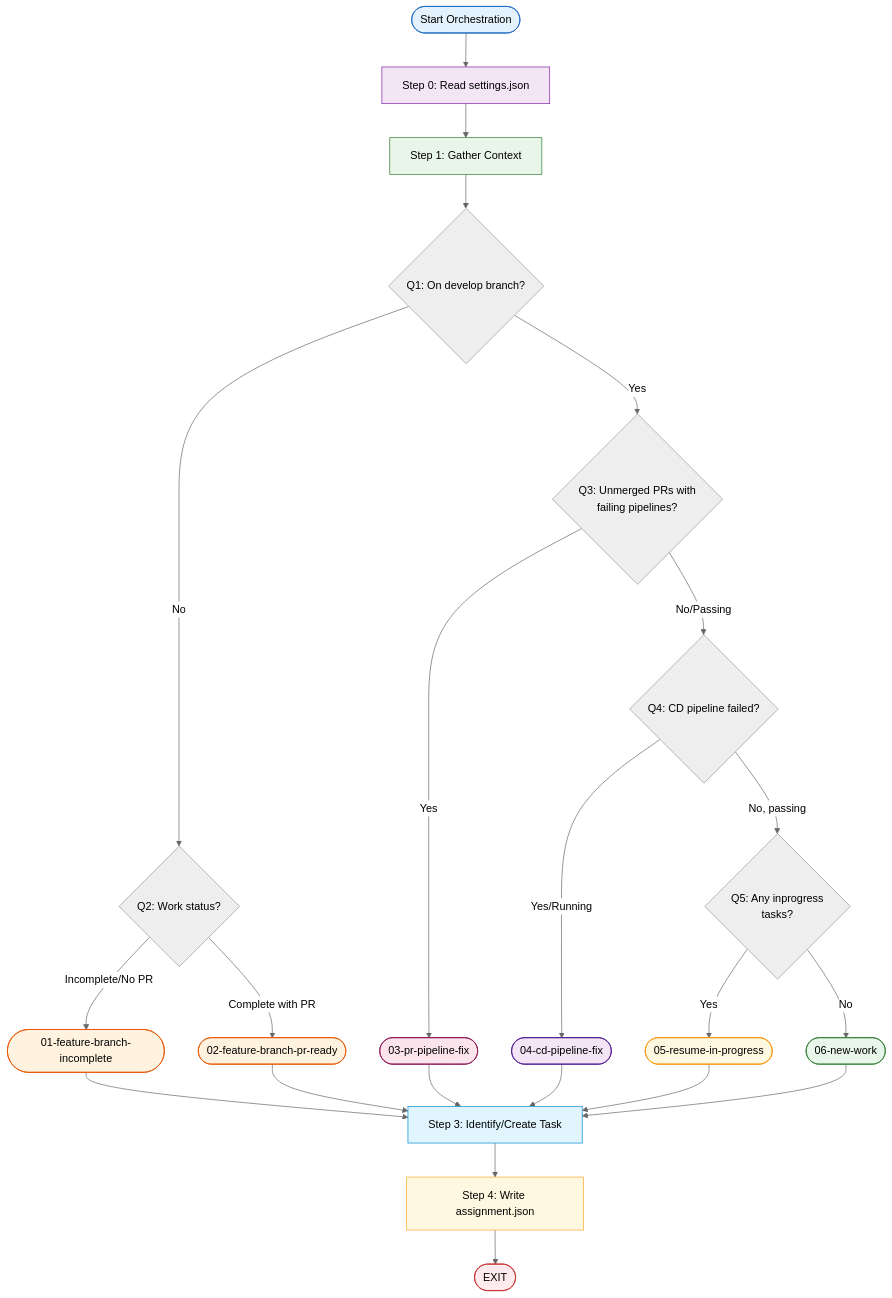
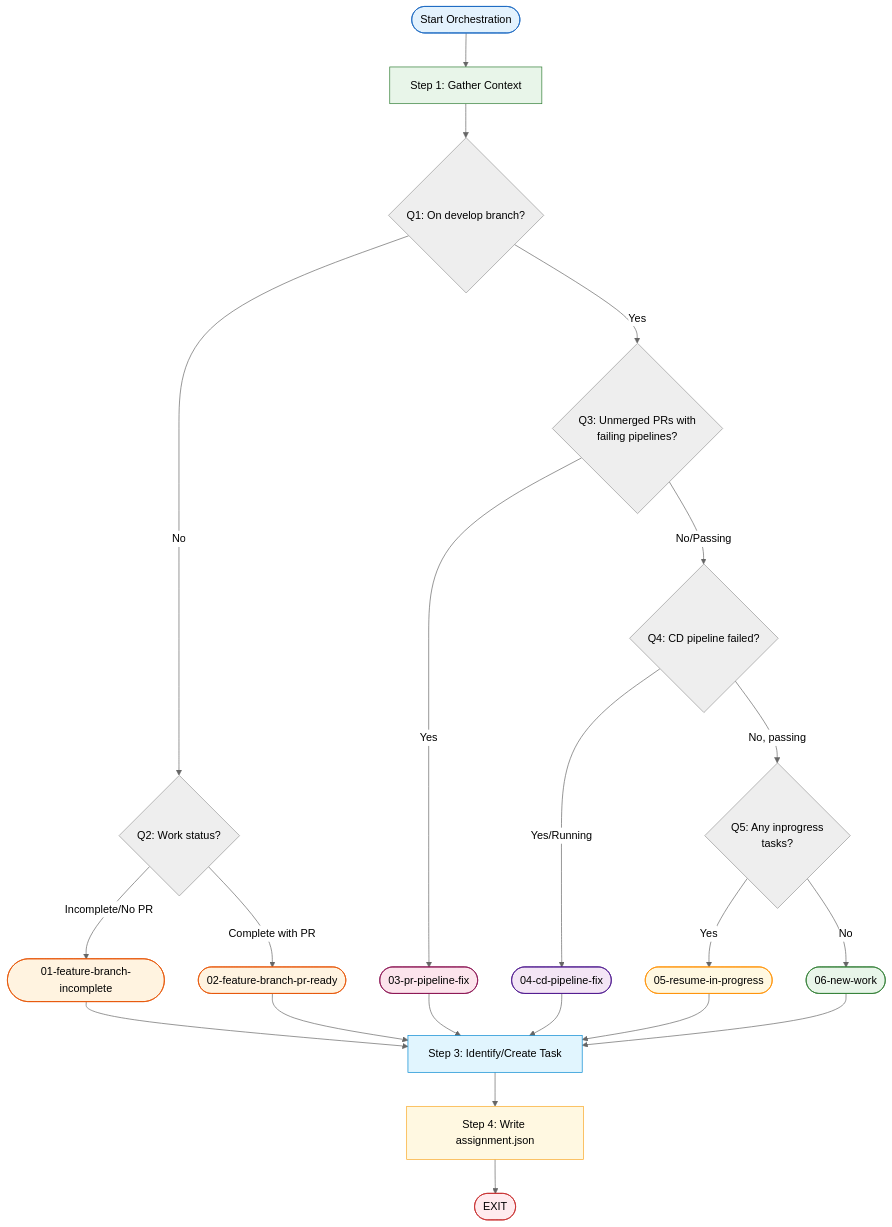
One commit to htxryan/ralph-tui changed the diagram in templates/orchestrate.md. Above: the diagram before and after it, drawn with Mermaid (neutral theme). The commit also changed other lines of this file and 6 other files, not shown here.

````diff
--- a/templates/orchestrate.md
+++ b/templates/orchestrate.md
@@ -232,45 +146,43 @@
 ```mermaid
 flowchart TD
-    START([Start Orchestration]) --> CONFIG[Step 0: Read settings.json]
-    CONFIG --> GATHER[Step 1: Gather Context]
+    START([Start Orchestration]) --> GATHER[Step 1: Gather Context]
 
     GATHER --> Q1{Q1: On develop branch?}
 
     Q1 -->|No| Q2{Q2: Work status?}
     Q2 -->|Incomplete/No PR| W1([01-feature-branch-incomplete])
     Q2 -->|Complete with PR| W2([02-feature-branch-pr-ready])
 
     Q1 -->|Yes| Q3{Q3: Unmerged PRs with<br/>failing pipelines?}
     Q3 -->|Yes| W3([03-pr-pipeline-fix])
     Q3 -->|No/Passing| Q4{Q4: CD pipeline failed?}
 
     Q4 -->|Yes/Running| W4([04-cd-pipeline-fix])
     Q4 -->|No, passing| Q5{Q5: Any inprogress<br/>tasks?}
 
     Q5 -->|Yes| W5([05-resume-in-progress])
     Q5 -->|No| W6([06-new-work])
 
     W1 --> TASK[Step 3: Identify/Create Task]
     W2 --> TASK
     W3 --> TASK
     W4 --> TASK
     W5 --> TASK
     W6 --> TASK
 
     TASK --> WRITE[Step 4: Write assignment.json]
     WRITE --> DONE([EXIT])
 
     style START fill:#e3f2fd,stroke:#1565c0
-    style CONFIG fill:#f3e5f5,stroke:#7b1fa2
     style GATHER fill:#e8f5e9,stroke:#2e7d32
     style TASK fill:#e1f5fe,stroke:#0288d1
     style WRITE fill:#fff8e1,stroke:#f9a825
     style DONE fill:#ffebee,stroke:#c62828
 
     style W1 fill:#fff3e0,stroke:#e65100
     style W2 fill:#fff3e0,stroke:#e65100
     style W3 fill:#fce4ec,stroke:#880e4f
     style W4 fill:#f3e5f5,stroke:#4a148c
     style W5 fill:#fff8e1,stroke:#ff8f00
     style W6 fill:#e8f5e9,stroke:#2e7d32
 ```
````
